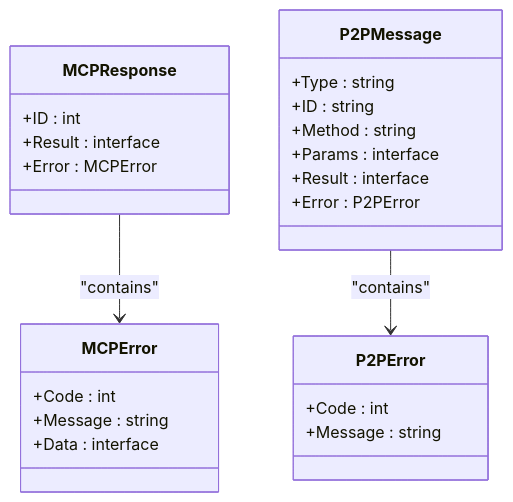
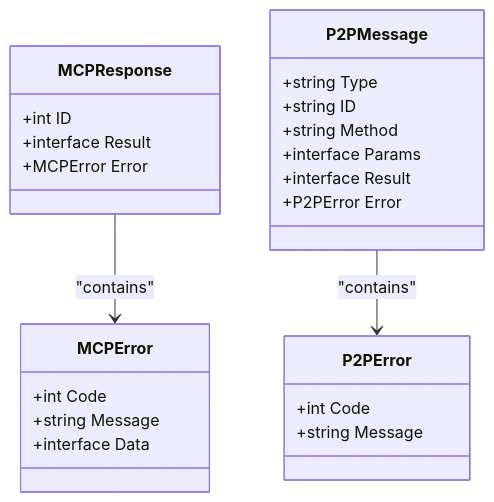
One commit to prxs-ai/praxis-go-sdk changed the third of 3 diagrams in docs/Architecture Overview/Model Context Protocol (MCP) Integration/Transport Adapters and Protocol Support.md. Above: the diagram before and after it, drawn with Mermaid. The commit also changed other lines of this file and 33 other files, not shown here.

````diff
--- a/docs/Architecture Overview/Model Context Protocol (MCP) Integration/Transport Adapters and Protocol Support.md
+++ b/docs/Architecture Overview/Model Context Protocol (MCP) Integration/Transport Adapters and Protocol Support.md
@@ -133,27 +128,27 @@
 ```mermaid
 classDiagram
 class MCPError {
-+Code : int
-+Message : string
-+Data : interface
++int Code
++string Message
++interface Data
 }
 class P2PError {
-+Code : int
-+Message : string
++int Code
++string Message
 }
 class MCPResponse {
-+ID : int
-+Result : interface
-+Error : MCPError
++int ID
++interface Result
++MCPError Error
 }
 class P2PMessage {
-+Type : string
-+ID : string
-+Method : string
-+Params : interface
-+Result : interface
-+Error : P2PError
++string Type
++string ID
++string Method
++interface Params
++interface Result
++P2PError Error
 }
 MCPResponse --> MCPError : "contains"
 P2PMessage --> P2PError : "contains"
 ```
````
